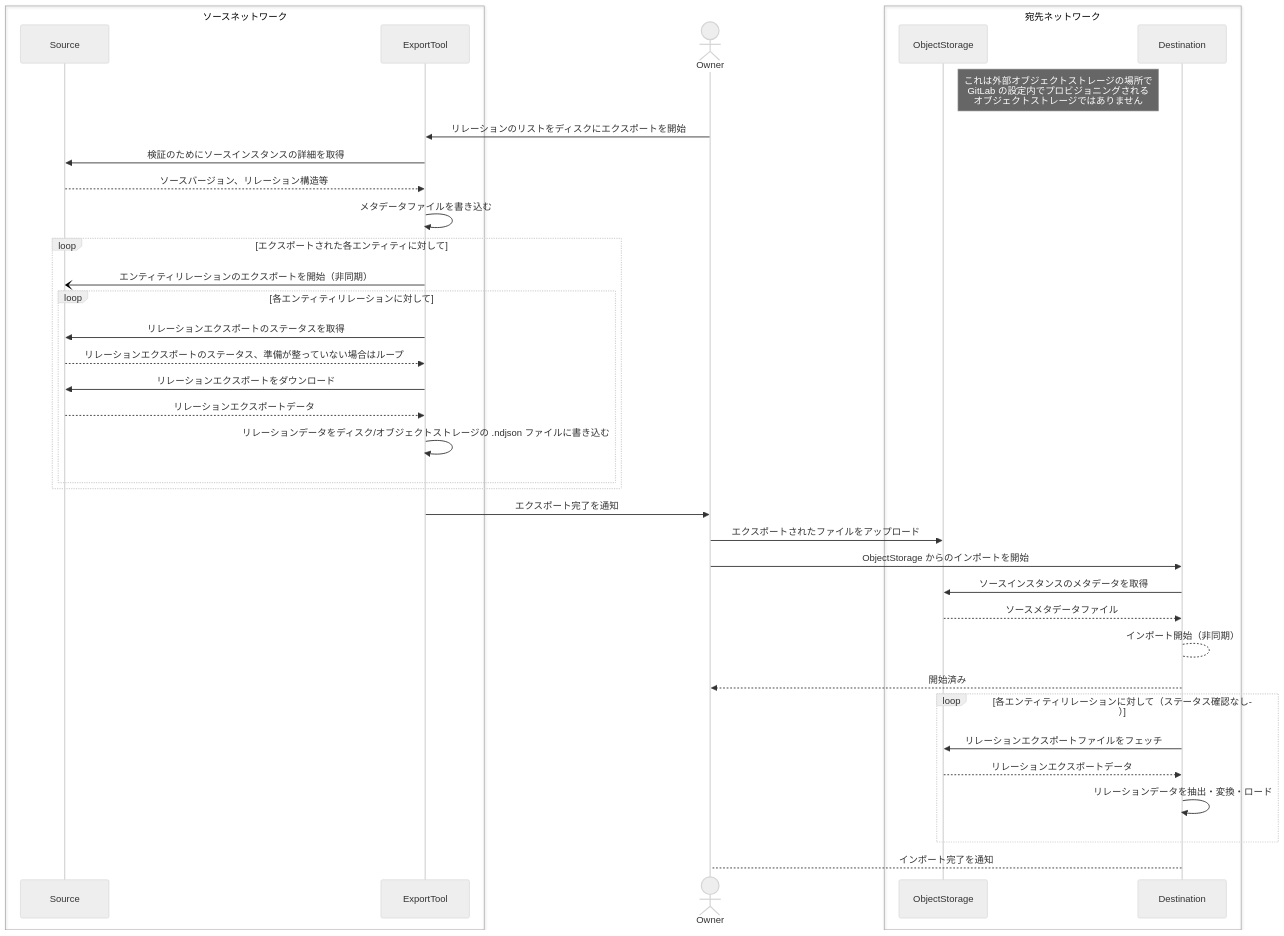
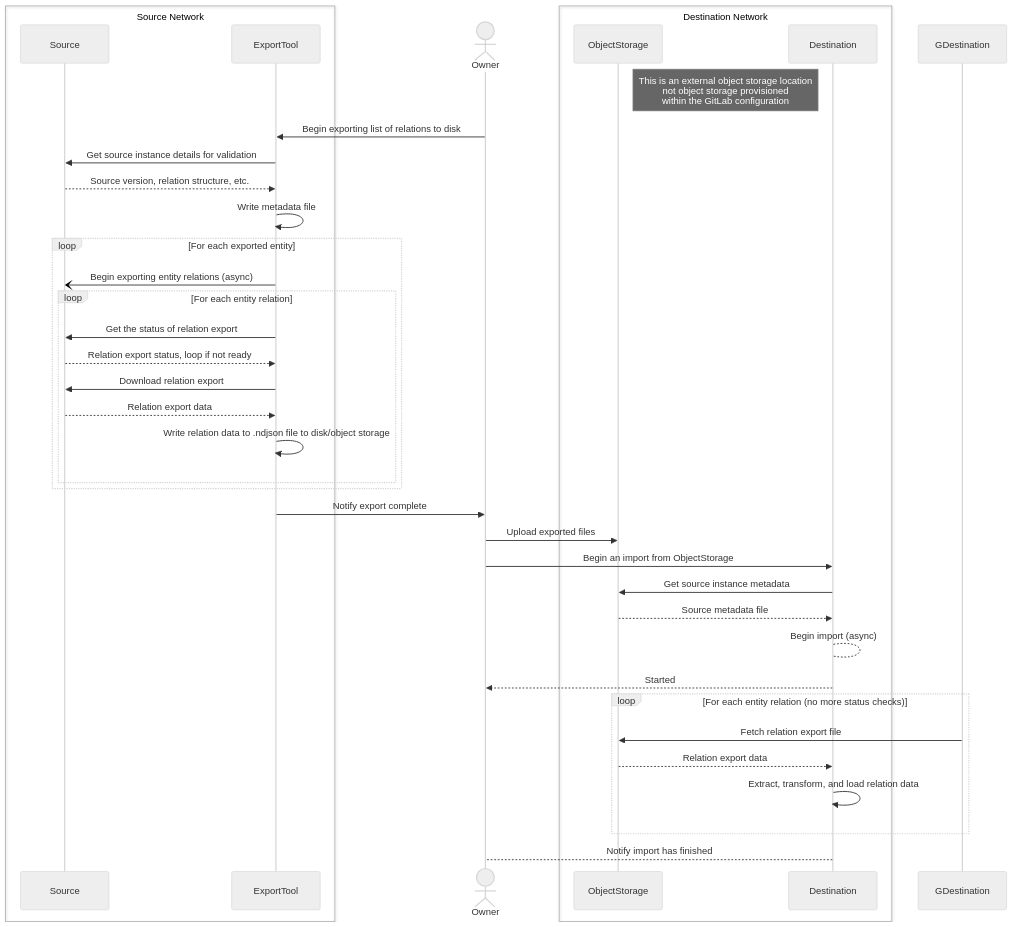
The third of 4 diagrams in content/handbook/engineering/architecture/design-documents/offline_direct_transfer_migrations/_index.md (kyama0/gitlab-handbook-ja), drawn with Mermaid (neutral theme) before and after one commit. The commit also changed other lines of this file and 10 other files, not shown here.

Commit message:
translation: update 10 modified engineering data-engineering + architecture design-documents files

````diff
--- a/content/handbook/engineering/architecture/design-documents/offline_direct_transfer_migrations/_index.md
+++ b/content/handbook/engineering/architecture/design-documents/offline_direct_transfer_migrations/_index.md
@@ -220,42 +201,42 @@
 ```mermaid
 sequenceDiagram
-    box ソースネットワーク
+    box Source Network
       participant Source
       participant ExportTool
     end
     actor Owner
-    box 宛先ネットワーク
+    box Destination Network
       participant ObjectStorage
       participant Destination
     end
-    Note right of ObjectStorage: これは外部オブジェクトストレージの場所で<br>GitLab の設定内でプロビジョニングされる<br>オブジェクトストレージではありません
-    Owner->>ExportTool: リレーションのリストをディスクにエクスポートを開始
-    ExportTool->>Source: 検証のためにソースインスタンスの詳細を取得
-    Source-->>ExportTool: ソースバージョン、リレーション構造等
-    ExportTool->>ExportTool: メタデータファイルを書き込む
-    loop エクスポートされた各エンティティに対して
-        ExportTool-)Source: エンティティリレーションのエクスポートを開始（非同期）
-        loop 各エンティティリレーションに対して
-          ExportTool->>Source: リレーションエクスポートのステータスを取得
-          Source-->>ExportTool: リレーションエクスポートのステータス、準備が整っていない場合はループ
-          ExportTool->>Source: リレーションエクスポートをダウンロード
-          Source-->>ExportTool: リレーションエクスポートデータ
-          ExportTool->>ExportTool: リレーションデータをディスク/オブジェクトストレージの .ndjson ファイルに書き込む
+    Note right of ObjectStorage: This is an external object storage location<br>not object storage provisioned<br>within the GitLab configuration
+    Owner->>ExportTool: Begin exporting list of relations to disk
+    ExportTool->>Source: Get source instance details for validation
+    Source-->>ExportTool: Source version, relation structure, etc.
+    ExportTool->>ExportTool: Write metadata file
+    loop For each exported entity
+        ExportTool-)Source: Begin exporting entity relations (async)
+        loop For each entity relation
+          ExportTool->>Source: Get the status of relation export
+          Source-->>ExportTool: Relation export status, loop if not ready
+          ExportTool->>Source: Download relation export
+          Source-->>ExportTool: Relation export data
+          ExportTool->>ExportTool: Write relation data to .ndjson file to disk/object storage
         end
     end
-    ExportTool->>Owner: エクスポート完了を通知
+    ExportTool->>Owner: Notify export complete
 
-    Owner->>ObjectStorage: エクスポートされたファイルをアップロード
+    Owner->>ObjectStorage: Upload exported files
 
-    Owner->>Destination: ObjectStorage からのインポートを開始
-    Destination->>ObjectStorage: ソースインスタンスのメタデータを取得
-    ObjectStorage-->>Destination: ソースメタデータファイル
-    Destination-->Destination: インポート開始（非同期）
-    Destination-->>Owner: 開始済み
-    loop 各エンティティリレーションに対して（ステータス確認なし）
-        Destination->>ObjectStorage: リレーションエクスポートファイルをフェッチ
-        ObjectStorage-->>Destination: リレーションエクスポートデータ
-        Destination->>Destination: リレーションデータを抽出・変換・ロード
+    Owner->>Destination: Begin an import from ObjectStorage
+    Destination->>ObjectStorage: Get source instance metadata
+    ObjectStorage-->>Destination: Source metadata file
+    Destination-->Destination: Begin import (async)
+    Destination-->>Owner: Started
+    loop For each entity relation (no more status checks)
+        GDestination->>ObjectStorage: Fetch relation export file
+        ObjectStorage-->>Destination: Relation export data
+        Destination->>Destination: Extract, transform, and load relation data
     end
-    Destination-->Owner: インポート完了を通知
+    Destination-->Owner: Notify import has finished
 ```
````
